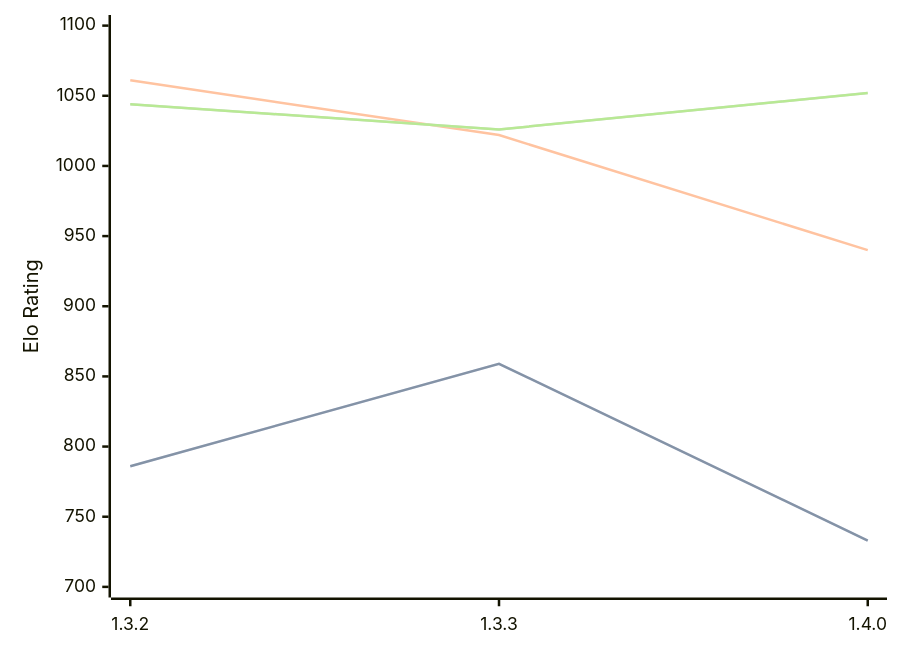
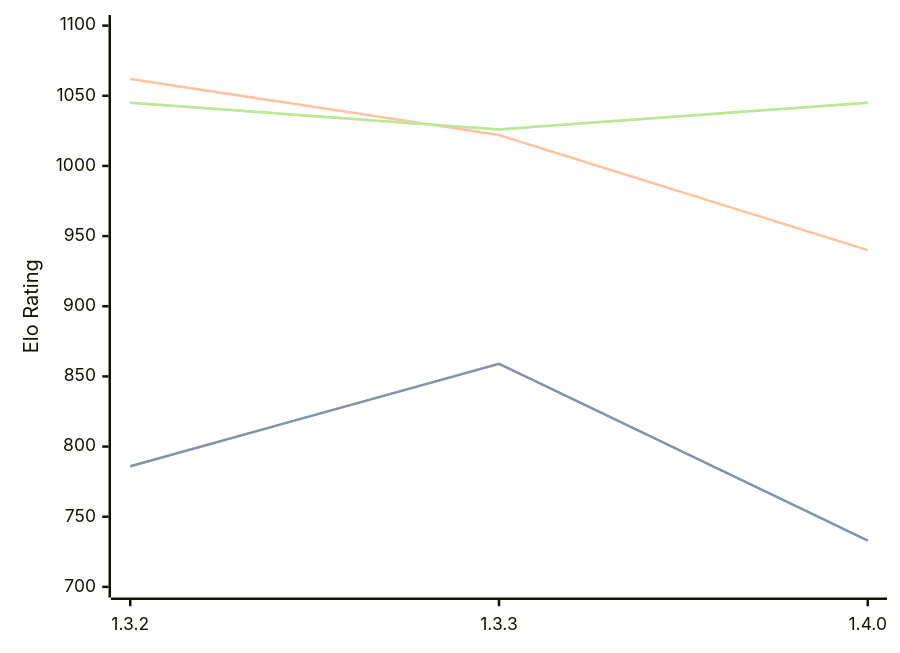
Before and after one commit to computer-chess-index/cci: the diagram in engines/Whitespine.md, drawn with Mermaid. The commit also changed other lines of this file, not shown here.

Commit message:
Update CCI Ratings (ELO VLTC) - 2026-09-14

````diff
--- a/engines/Whitespine.md
+++ b/engines/Whitespine.md
@@ -33,11 +33,11 @@
 ```mermaid
 %%{init: {"theme":"base","themeVariables":{"seriesColors:['#a3a3a3','#222221','#faa371']}}}%%
 xychart-beta
   x-axis ["1.3.2", "1.3.3", "1.4.0"]
   y-axis "Elo Rating" 700 --> 1100
   line "" [786, 859, 733]
   line "STC (8.0+0.08s)" [786, 859, 733]
-  line "LTC (60.0+0.60s)" [1061, 1022, 940]
-  line "" [1044, 1026, 1052]
-  line "VLTC (2m24s+1.12s)" [1044, 1026, 1052]
+  line "LTC (60.0+0.60s)" [1062, 1022, 940]
+  line "" [1045, 1026, 1045]
+  line "VLTC (2m24s+1.12s)" [1045, 1026, 1045]
 ```
````
